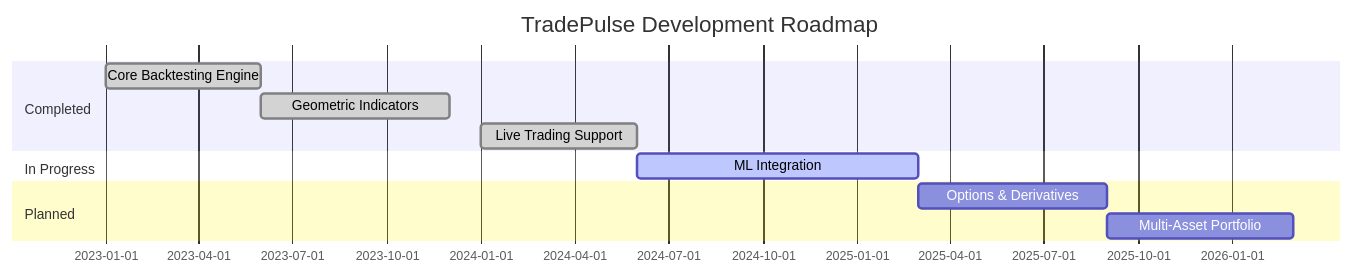
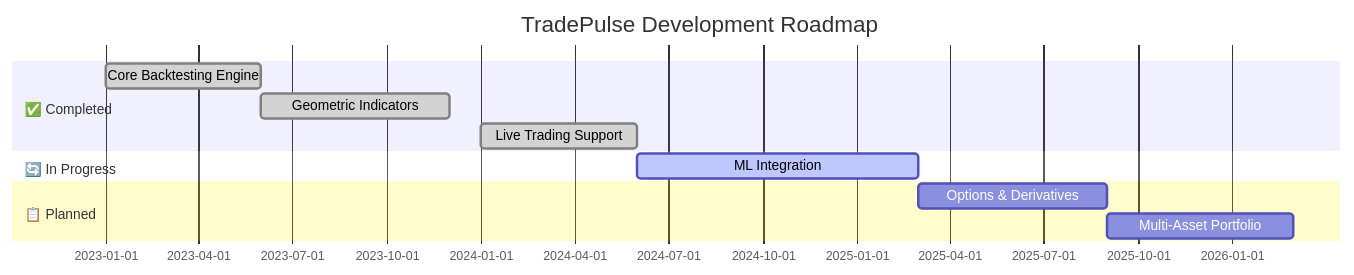
Before and after one commit to neuron7x/Kuramoto-synchronization-model: the third of 3 diagrams in README.md, drawn with Mermaid. The commit also changed other lines of this file, not shown here.

````diff
--- a/README.md
+++ b/README.md
@@ -1306,14 +1933,14 @@
 ```mermaid
 gantt
     title TradePulse Development Roadmap
     dateFormat YYYY-MM
-    section Completed
+    section ✅ Completed
     Core Backtesting Engine       :done, 2023-01, 2023-06
     Geometric Indicators          :done, 2023-06, 2023-12
     Live Trading Support          :done, 2024-01, 2024-06
-    section In Progress
+    section 🔄 In Progress
     ML Integration                :active, 2024-06, 2025-03
-    section Planned
+    section 📋 Planned
     Options & Derivatives         :2025-03, 2025-09
     Multi-Asset Portfolio         :2025-09, 2026-03
 ```
````
